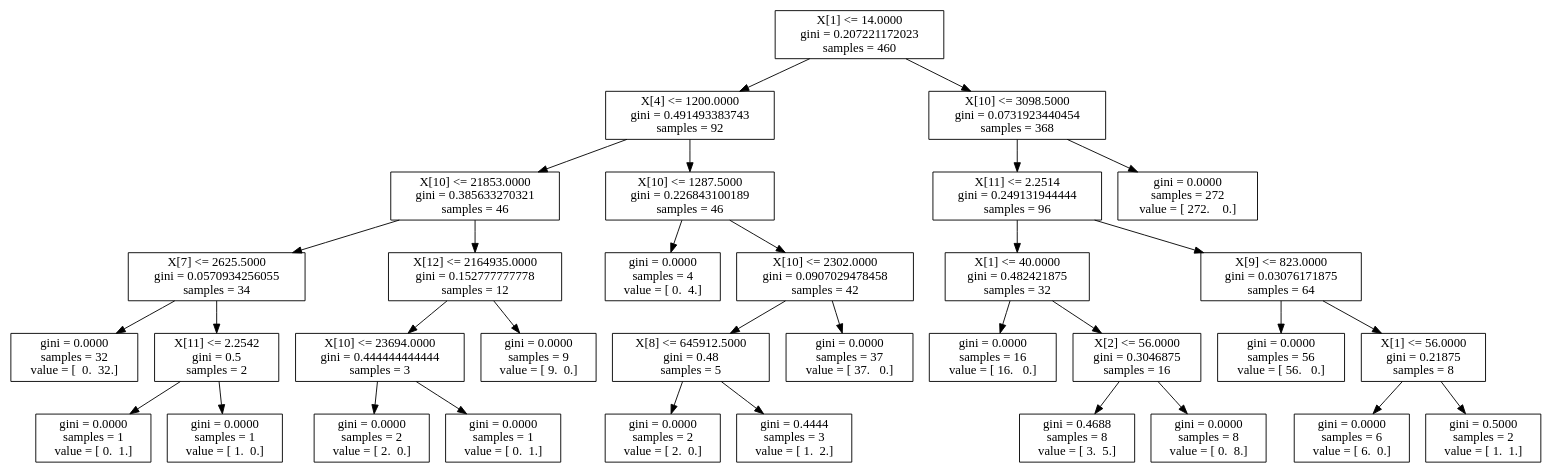
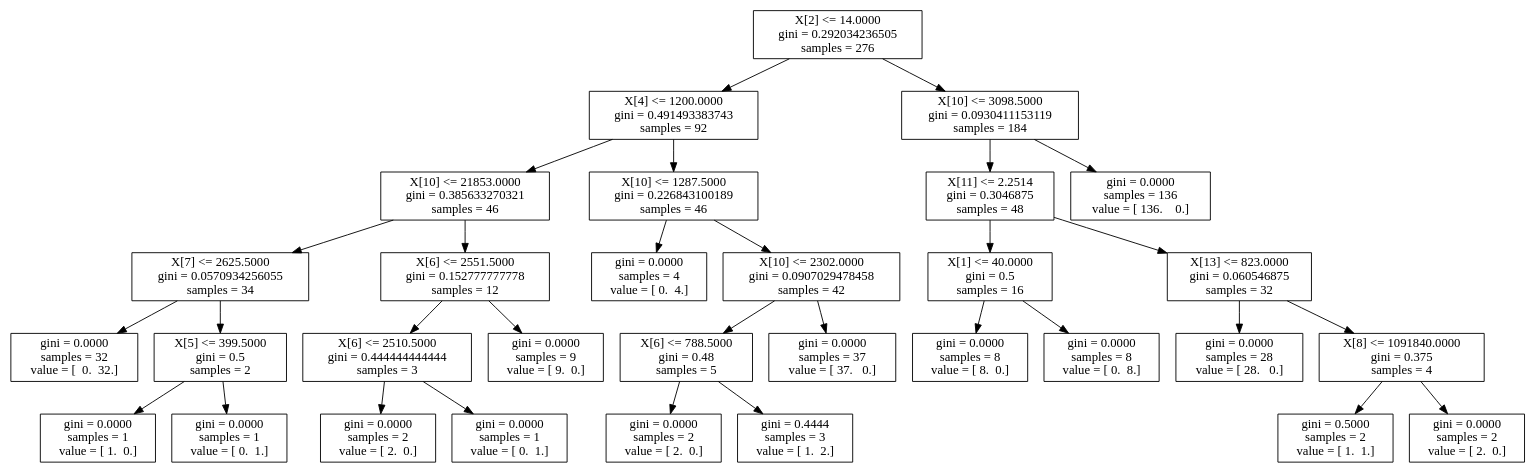
One commit to ctuning/reproduce-ck-paper-large-experiments changed the diagram in script/reproduce-hog-modeling/t628-third-set-of-features-depth5/model-sklearn-dtc.modelx.dot. Above: the diagram before and after it, drawn with Graphviz. The commit also changed 924 other files, not shown here.

Commit message:
new experiments, graphs and predictive models for run-time adaptation; predictive scheduling and active learning

```diff
--- a/script/reproduce-hog-modeling/t628-third-set-of-features-depth5/model-sklearn-dtc.modelx.dot
+++ b/script/reproduce-hog-modeling/t628-third-set-of-features-depth5/model-sklearn-dtc.modelx.dot
@@ -1,67 +1,63 @@
 digraph Tree {
-0 [label="X[1] <= 14.0000\ngini = 0.207221172023\nsamples = 460", shape="box"] ;
+0 [label="X[2] <= 14.0000\ngini = 0.292034236505\nsamples = 276", shape="box"] ;
 1 [label="X[4] <= 1200.0000\ngini = 0.491493383743\nsamples = 92", shape="box"] ;
 0 -> 1 ;
 2 [label="X[10] <= 21853.0000\ngini = 0.385633270321\nsamples = 46", shape="box"] ;
 1 -> 2 ;
 3 [label="X[7] <= 2625.5000\ngini = 0.0570934256055\nsamples = 34", shape="box"] ;
 2 -> 3 ;
 4 [label="gini = 0.0000\nsamples = 32\nvalue = [  0.  32.]", shape="box"] ;
 3 -> 4 ;
-5 [label="X[11] <= 2.2542\ngini = 0.5\nsamples = 2", shape="box"] ;
+5 [label="X[5] <= 399.5000\ngini = 0.5\nsamples = 2", shape="box"] ;
 3 -> 5 ;
-6 [label="gini = 0.0000\nsamples = 1\nvalue = [ 0.  1.]", shape="box"] ;
+6 [label="gini = 0.0000\nsamples = 1\nvalue = [ 1.  0.]", shape="box"] ;
 5 -> 6 ;
-7 [label="gini = 0.0000\nsamples = 1\nvalue = [ 1.  0.]", shape="box"] ;
+7 [label="gini = 0.0000\nsamples = 1\nvalue = [ 0.  1.]", shape="box"] ;
 5 -> 7 ;
-8 [label="X[12] <= 2164935.0000\ngini = 0.152777777778\nsamples = 12", shape="box"] ;
+8 [label="X[6] <= 2551.5000\ngini = 0.152777777778\nsamples = 12", shape="box"] ;
 2 -> 8 ;
-9 [label="X[10] <= 23694.0000\ngini = 0.444444444444\nsamples = 3", shape="box"] ;
+9 [label="X[6] <= 2510.5000\ngini = 0.444444444444\nsamples = 3", shape="box"] ;
 8 -> 9 ;
 10 [label="gini = 0.0000\nsamples = 2\nvalue = [ 2.  0.]", shape="box"] ;
 9 -> 10 ;
 11 [label="gini = 0.0000\nsamples = 1\nvalue = [ 0.  1.]", shape="box"] ;
 9 -> 11 ;
 12 [label="gini = 0.0000\nsamples = 9\nvalue = [ 9.  0.]", shape="box"] ;
 8 -> 12 ;
 13 [label="X[10] <= 1287.5000\ngini = 0.226843100189\nsamples = 46", shape="box"] ;
 1 -> 13 ;
 14 [label="gini = 0.0000\nsamples = 4\nvalue = [ 0.  4.]", shape="box"] ;
 13 -> 14 ;
 15 [label="X[10] <= 2302.0000\ngini = 0.0907029478458\nsamples = 42", shape="box"] ;
 13 -> 15 ;
-16 [label="X[8] <= 645912.5000\ngini = 0.48\nsamples = 5", shape="box"] ;
+16 [label="X[6] <= 788.5000\ngini = 0.48\nsamples = 5", shape="box"] ;
 15 -> 16 ;
 17 [label="gini = 0.0000\nsamples = 2\nvalue = [ 2.  0.]", shape="box"] ;
 16 -> 17 ;
 18 [label="gini = 0.4444\nsamples = 3\nvalue = [ 1.  2.]", shape="box"] ;
 16 -> 18 ;
 19 [label="gini = 0.0000\nsamples = 37\nvalue = [ 37.   0.]", shape="box"] ;
 15 -> 19 ;
-20 [label="X[10] <= 3098.5000\ngini = 0.0731923440454\nsamples = 368", shape="box"] ;
+20 [label="X[10] <= 3098.5000\ngini = 0.0930411153119\nsamples = 184", shape="box"] ;
 0 -> 20 ;
-21 [label="X[11] <= 2.2514\ngini = 0.249131944444\nsamples = 96", shape="box"] ;
+21 [label="X[11] <= 2.2514\ngini = 0.3046875\nsamples = 48", shape="box"] ;
 20 -> 21 ;
-22 [label="X[1] <= 40.0000\ngini = 0.482421875\nsamples = 32", shape="box"] ;
+22 [label="X[1] <= 40.0000\ngini = 0.5\nsamples = 16", shape="box"] ;
 21 -> 22 ;
-23 [label="gini = 0.0000\nsamples = 16\nvalue = [ 16.   0.]", shape="box"] ;
+23 [label="gini = 0.0000\nsamples = 8\nvalue = [ 8.  0.]", shape="box"] ;
 22 -> 23 ;
-24 [label="X[2] <= 56.0000\ngini = 0.3046875\nsamples = 16", shape="box"] ;
+24 [label="gini = 0.0000\nsamples = 8\nvalue = [ 0.  8.]", shape="box"] ;
 22 -> 24 ;
-25 [label="gini = 0.4688\nsamples = 8\nvalue = [ 3.  5.]", shape="box"] ;
-24 -> 25 ;
-26 [label="gini = 0.0000\nsamples = 8\nvalue = [ 0.  8.]", shape="box"] ;
-24 -> 26 ;
-27 [label="X[9] <= 823.0000\ngini = 0.03076171875\nsamples = 64", shape="box"] ;
-21 -> 27 ;
-28 [label="gini = 0.0000\nsamples = 56\nvalue = [ 56.   0.]", shape="box"] ;
+25 [label="X[13] <= 823.0000\ngini = 0.060546875\nsamples = 32", shape="box"] ;
+21 -> 25 ;
+26 [label="gini = 0.0000\nsamples = 28\nvalue = [ 28.   0.]", shape="box"] ;
+25 -> 26 ;
+27 [label="X[8] <= 1091840.0000\ngini = 0.375\nsamples = 4", shape="box"] ;
+25 -> 27 ;
+28 [label="gini = 0.5000\nsamples = 2\nvalue = [ 1.  1.]", shape="box"] ;
 27 -> 28 ;
-29 [label="X[1] <= 56.0000\ngini = 0.21875\nsamples = 8", shape="box"] ;
+29 [label="gini = 0.0000\nsamples = 2\nvalue = [ 2.  0.]", shape="box"] ;
 27 -> 29 ;
-30 [label="gini = 0.0000\nsamples = 6\nvalue = [ 6.  0.]", shape="box"] ;
-29 -> 30 ;
-31 [label="gini = 0.5000\nsamples = 2\nvalue = [ 1.  1.]", shape="box"] ;
-29 -> 31 ;
-32 [label="gini = 0.0000\nsamples = 272\nvalue = [ 272.    0.]", shape="box"] ;
-20 -> 32 ;
+30 [label="gini = 0.0000\nsamples = 136\nvalue = [ 136.    0.]", shape="box"] ;
+20 -> 30 ;
 }
```
